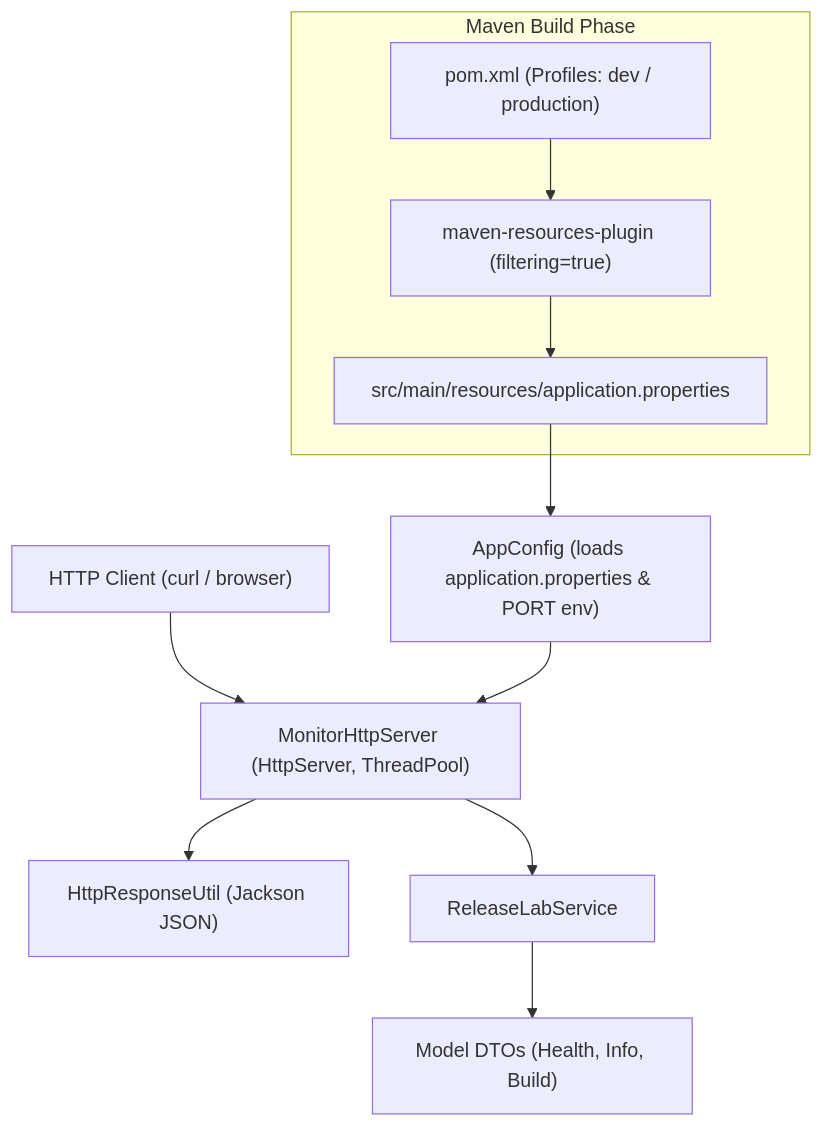
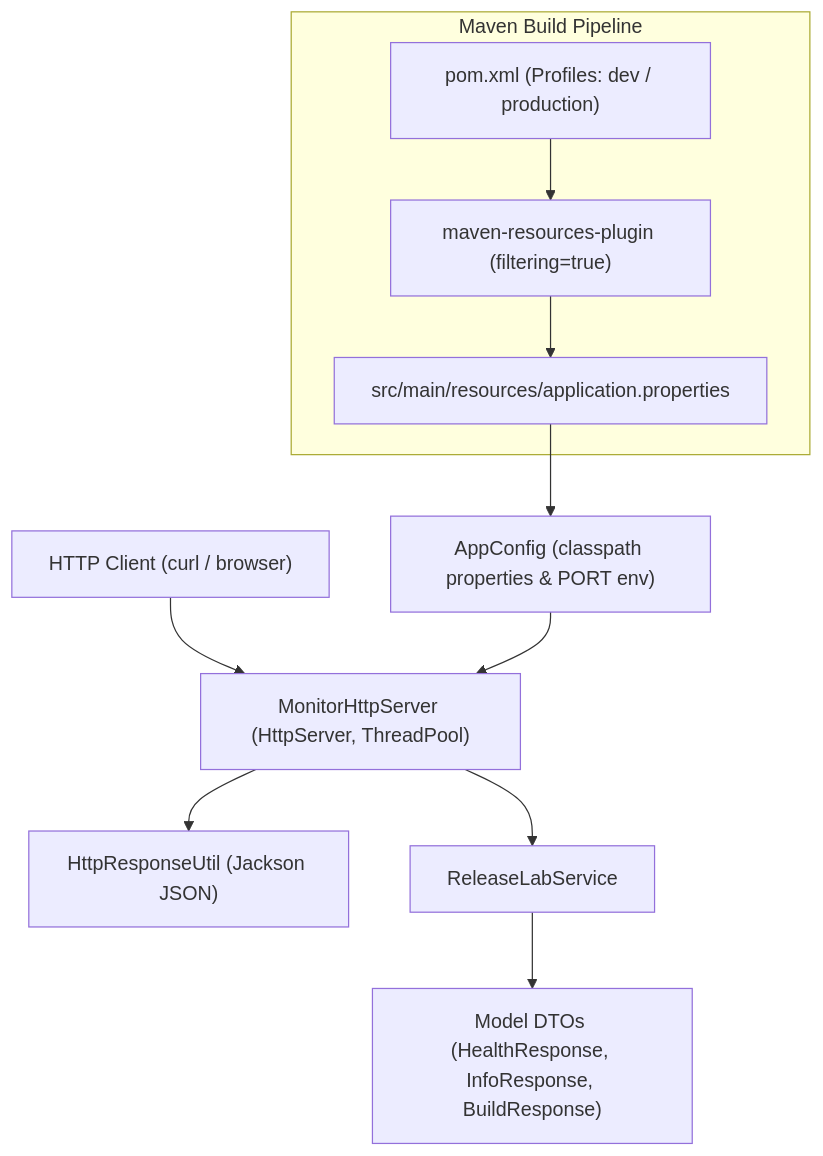
Before and after one commit to Sivaprasad2k/Maven-Labs: the diagram in projects/01-aws-ec2/maven-release-lab/README.md, drawn with Mermaid. The commit also changed other lines of this file and 2 other files, not shown here.

Commit message:
docs: finalize Maven Release Lab EC2 documentation

````diff
--- a/projects/01-aws-ec2/maven-release-lab/README.md
+++ b/projects/01-aws-ec2/maven-release-lab/README.md
@@ -35,14 +37,14 @@
 ```mermaid
 graph TD
     Client["HTTP Client (curl / browser)"] --> Server["MonitorHttpServer (HttpServer, ThreadPool)"]
-    Config["AppConfig (loads application.properties & PORT env)"] --> Server
+    Config["AppConfig (classpath properties & PORT env)"] --> Server
     Server --> Util["HttpResponseUtil (Jackson JSON)"]
     Server --> Service["ReleaseLabService"]
-    Service --> Models["Model DTOs (Health, Info, Build)"]
+    Service --> Models["Model DTOs (HealthResponse, InfoResponse, BuildResponse)"]
     
-    subgraph Maven Build Phase
+    subgraph Maven Build Pipeline
         POM["pom.xml (Profiles: dev / production)"] --> Filter["maven-resources-plugin (filtering=true)"]
         Filter --> PropFile["src/main/resources/application.properties"]
     end
     PropFile --> Config
 ```
````
